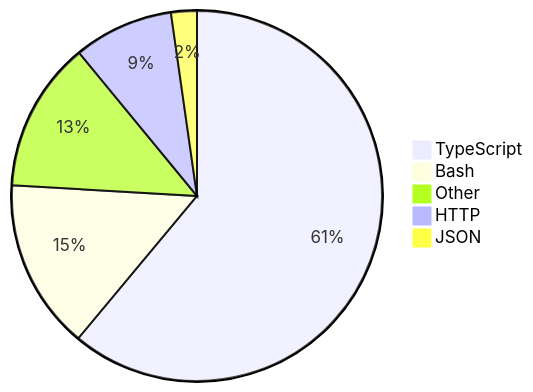
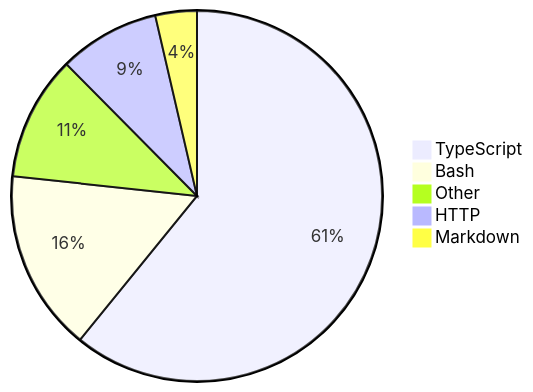
One commit to skvggor/skvggor changed the diagram in README.md. Above: the diagram before and after it, drawn with Mermaid.

Commit message:
Updated waka-readme graph with new metrics

````diff
--- a/README.md
+++ b/README.md
@@ -16,8 +16,8 @@
 ```mermaid
 pie
-    "TypeScript" : 59.6
-    "Bash" : 14.5
-    "Other" : 12.8
+    "TypeScript" : 58.8
+    "Bash" : 15.3
+    "Other" : 10.5
     "HTTP" : 8.5
-    "JSON" : 2.2
+    "Markdown" : 3.5
 ```
````
